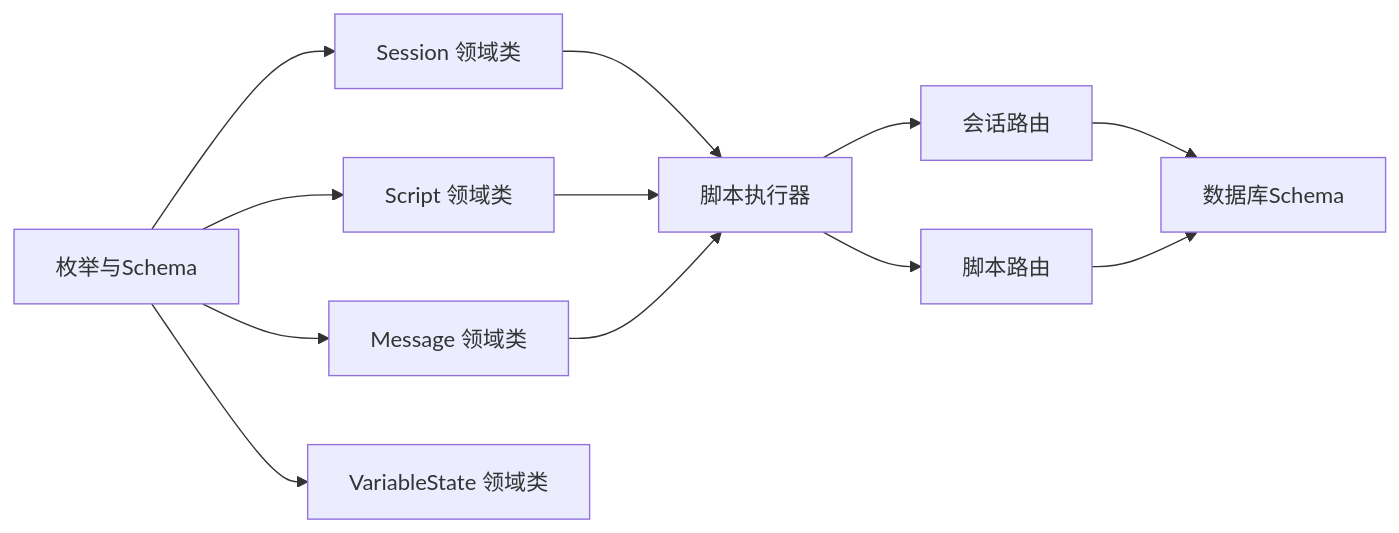
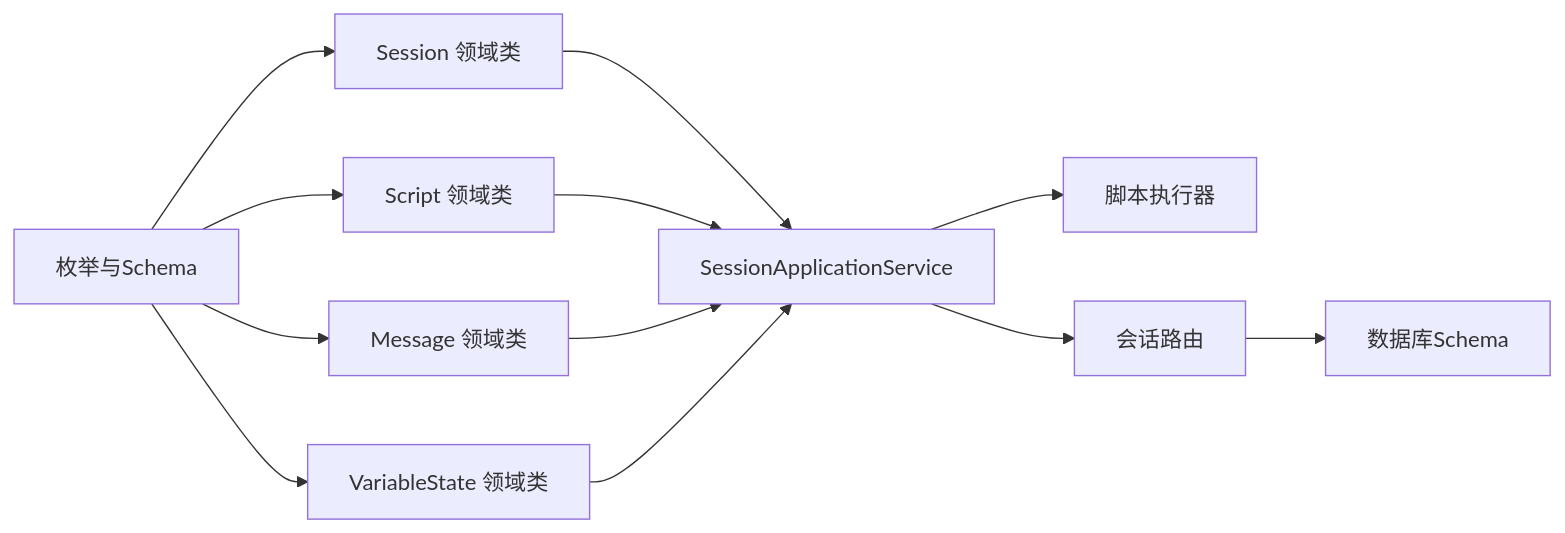
Before and after one commit to EverettCamus/HeartRule-Qoder: the ninth of 9 diagrams in .qoder/repowiki/zh/content/领域模型/领域模型.md, drawn with Mermaid. The commit also changed other lines of this file and 31 other files, not shown here.

````diff
--- a/.qoder/repowiki/zh/content/领域模型/领域模型.md
+++ b/.qoder/repowiki/zh/content/领域模型/领域模型.md
@@ -357,14 +465,14 @@
 ```mermaid
 graph LR
 Enums["枚举与Schema"] --> Domain_Session["Session 领域类"]
 Enums --> Domain_Script["Script 领域类"]
 Enums --> Domain_Message["Message 领域类"]
 Enums --> Domain_Variable["VariableState 领域类"]
-Domain_Session --> Engine_Executor["脚本执行器"]
-Domain_Script --> Engine_Executor
-Domain_Message --> Engine_Executor
-Engine_Executor --> Route_Sessions["会话路由"]
-Engine_Executor --> Route_Scripts["脚本路由"]
+Domain_Session --> App_Service["SessionApplicationService"]
+Domain_Script --> App_Service
+Domain_Message --> App_Service
+Domain_Variable --> App_Service
+App_Service --> Engine_Executor["脚本执行器"]
+App_Service --> Route_Sessions["会话路由"]
 Route_Sessions --> DB_Schema["数据库Schema"]
-Route_Scripts --> DB_Schema
 ```
````
